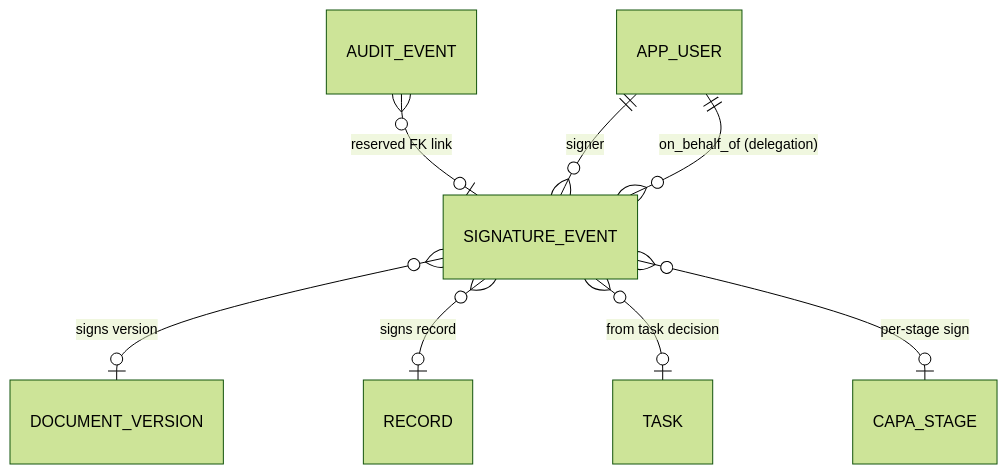
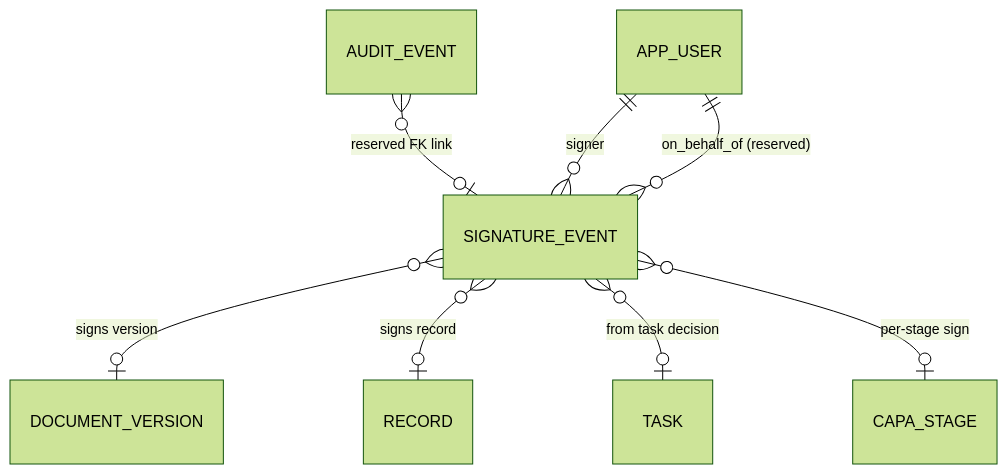
The eighth of 13 diagrams in docs/14-data-model.md (CoJoA13/EasySynQ), drawn with Mermaid (forest theme) before and after one commit. The commit also changed other lines of this file and 3 other files, not shown here.

````diff
--- a/docs/14-data-model.md
+++ b/docs/14-data-model.md
@@ -428,10 +433,10 @@
 ```mermaid
 erDiagram
     SIGNATURE_EVENT }o--o| DOCUMENT_VERSION : "signs version"
     SIGNATURE_EVENT }o--o| RECORD : "signs record"
     SIGNATURE_EVENT }o--o| TASK : "from task decision"
     SIGNATURE_EVENT }o--o| CAPA_STAGE : "per-stage sign"
     AUDIT_EVENT }o--o| SIGNATURE_EVENT : "reserved FK link"
     APP_USER ||--o{ SIGNATURE_EVENT : "signer"
-    APP_USER ||--o{ SIGNATURE_EVENT : "on_behalf_of (delegation)"
+    APP_USER ||--o{ SIGNATURE_EVENT : "on_behalf_of (reserved)"
 ```
````
